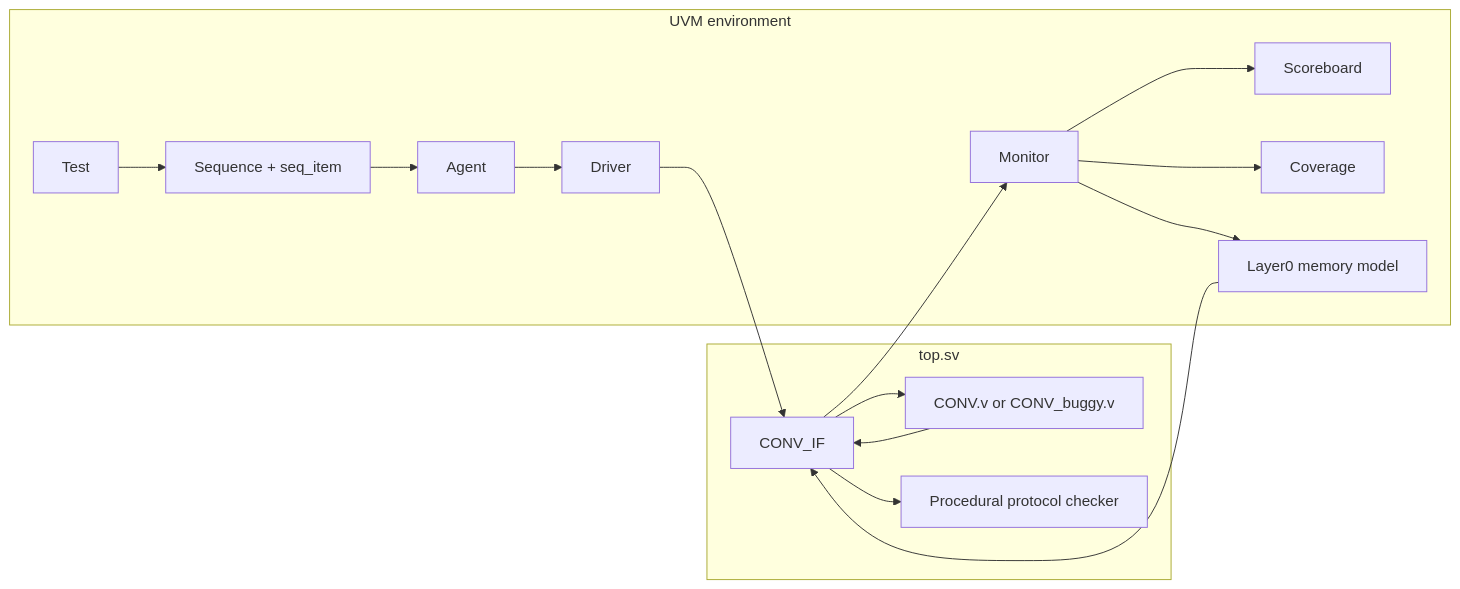
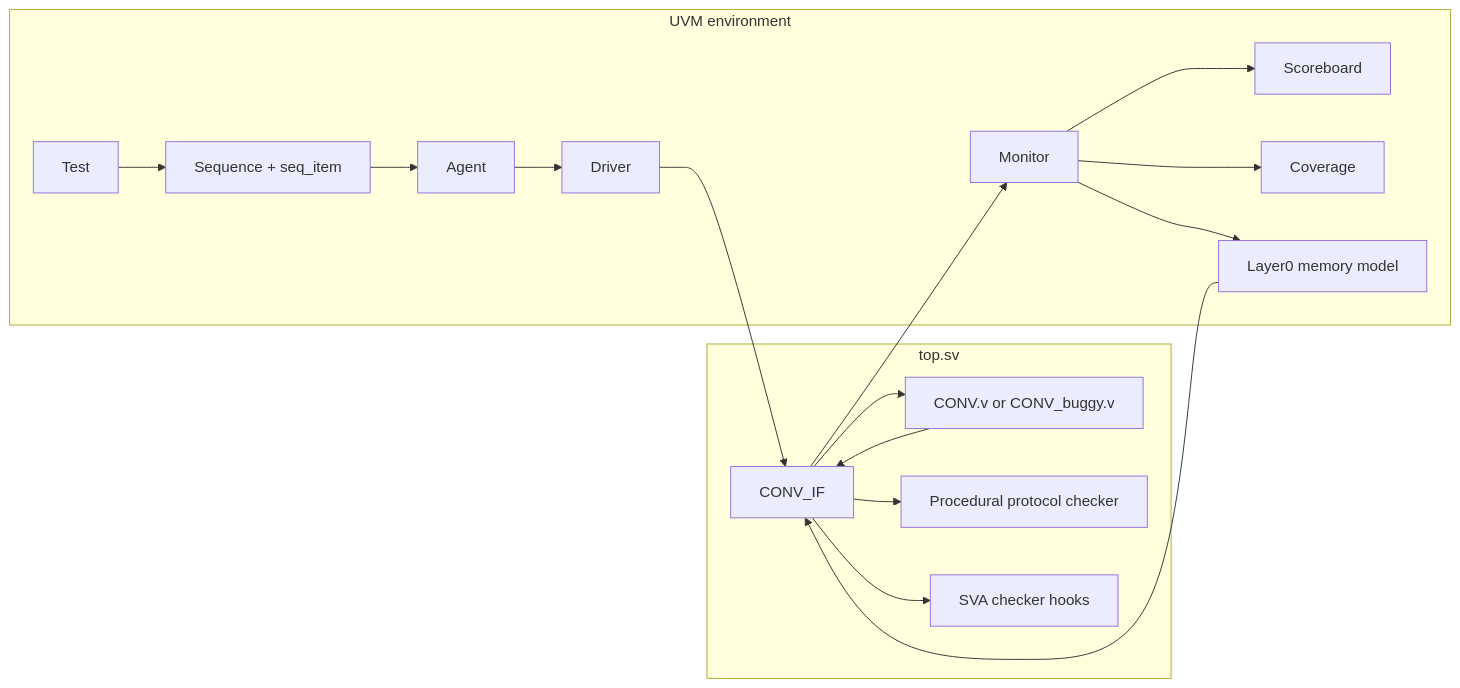
Before and after one commit to 96gen/conv_uvm_test: the diagram in docs/interview_architecture.md, drawn with Mermaid. The commit also changed other lines of this file and 5 other files, not shown here.

````diff
--- a/docs/interview_architecture.md
+++ b/docs/interview_architecture.md
@@ -9,32 +9,34 @@
 ```mermaid
 flowchart LR
     subgraph TOP["top.sv"]
         IF["CONV_IF"]
         DUT["CONV.v or CONV_buggy.v"]
         PC["Procedural protocol checker"]
+        SVA["SVA checker hooks"]
     end
 
     subgraph UVM["UVM environment"]
         TEST["Test"]
         SEQ["Sequence + seq_item"]
         AGENT["Agent"]
         DRV["Driver"]
         MON["Monitor"]
         SB["Scoreboard"]
         COV["Coverage"]
         MEM["Layer0 memory model"]
     end
 
     TEST --> SEQ
     SEQ --> AGENT
     AGENT --> DRV
     DRV --> IF
     IF --> DUT
     DUT --> IF
     IF --> MON
     MON --> SB
     MON --> COV
     MON --> MEM
     MEM --> IF
     IF --> PC
+    IF --> SVA
 ```
````
